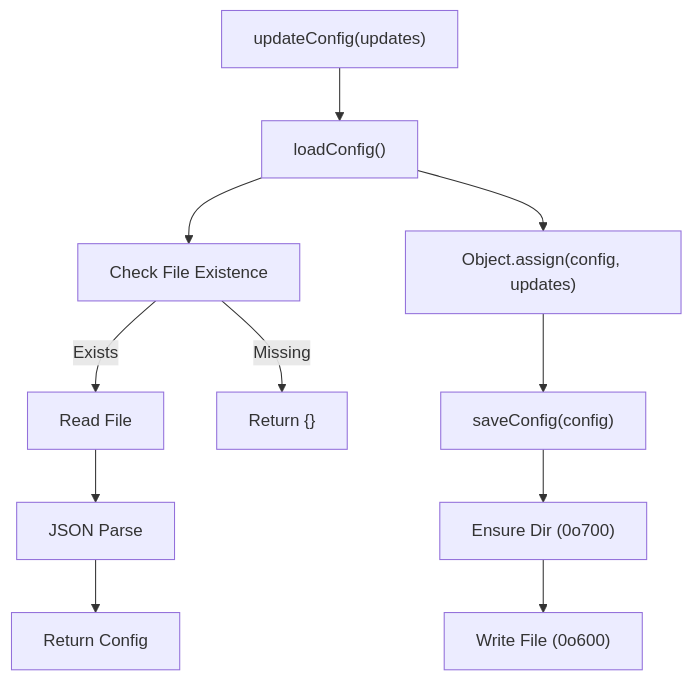
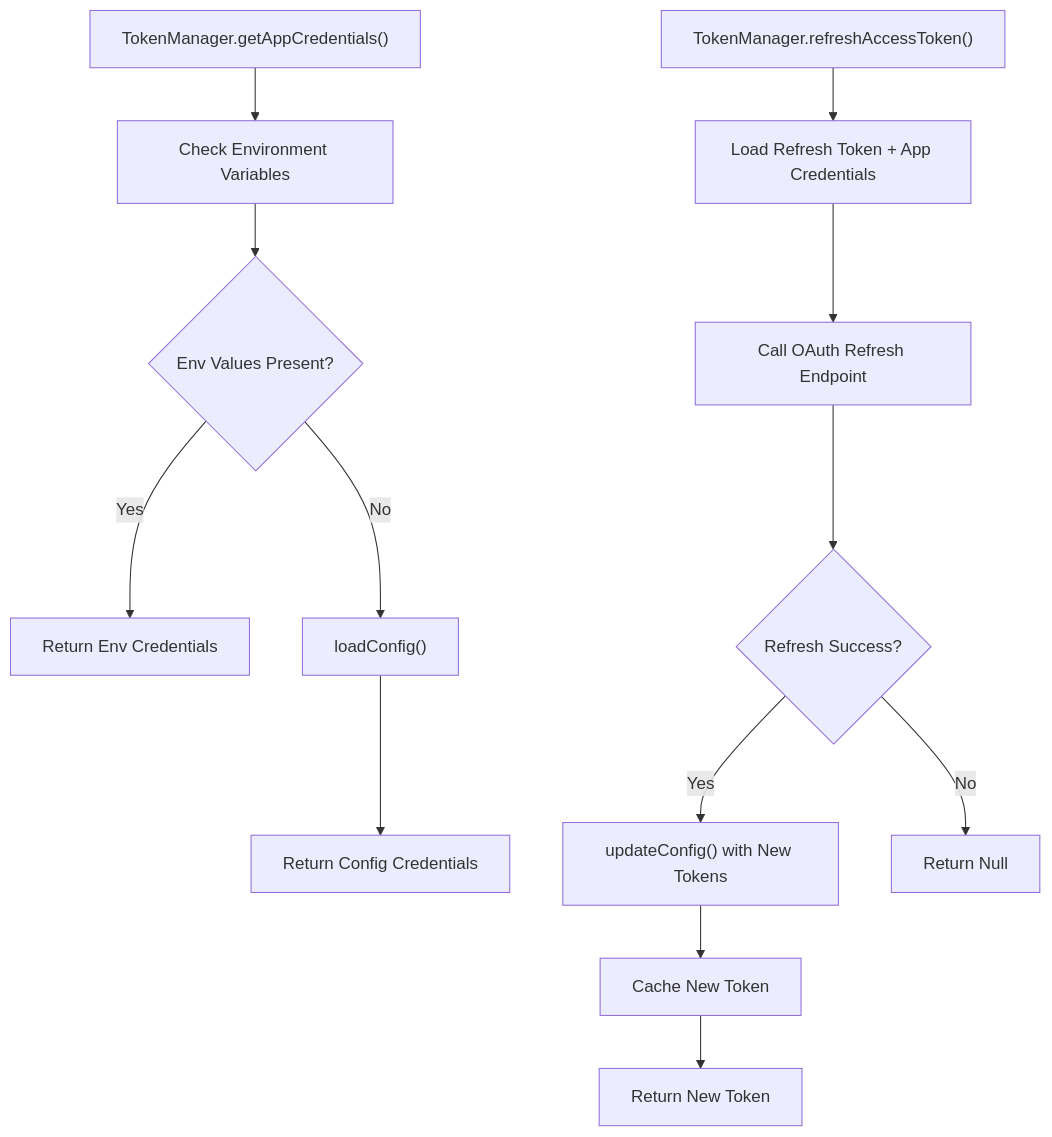
The ninth of 9 diagrams in .qoder/repowiki/en/content/Configuration Management/Configuration Management.md (yuexiaoliang/baiduwangpan-manager), drawn with Mermaid before and after one commit. The commit also changed other lines of this file and 30 other files, not shown here.

````diff
--- a/.qoder/repowiki/en/content/Configuration Management/Configuration Management.md
+++ b/.qoder/repowiki/en/content/Configuration Management/Configuration Management.md
@@ -400,13 +560,15 @@
 ```mermaid
 flowchart TD
-Load["loadConfig()"] --> Check["Check File Existence"]
-Check --> |Exists| Read["Read File"]
-Read --> Parse["JSON Parse"]
-Parse --> Return["Return Config"]
-Check --> |Missing| ReturnEmpty["Return {}"]
-Save["saveConfig(config)"] --> Mkdir["Ensure Dir (0o700)"]
-Mkdir --> Write["Write File (0o600)"]
-Update["updateConfig(updates)"] --> Load
-Load --> Assign["Object.assign(config, updates)"]
-Assign --> Save
+Load["TokenManager.getAppCredentials()"] --> CheckEnv["Check Environment Variables"]
+CheckEnv --> EnvFound{"Env Values Present?"}
+EnvFound --> |Yes| UseEnv["Return Env Credentials"]
+EnvFound --> |No| LoadCfg["loadConfig()"]
+LoadCfg --> ReturnCfg["Return Config Credentials"]
+Save["TokenManager.refreshAccessToken()"] --> LoadRefresh["Load Refresh Token + App Credentials"]
+LoadRefresh --> RefreshCall["Call OAuth Refresh Endpoint"]
+RefreshCall --> Success{"Refresh Success?"}
+Success --> |Yes| UpdateCfg["updateConfig() with New Tokens"]
+UpdateCfg --> CacheNew["Cache New Token"]
+CacheNew --> ReturnNew["Return New Token"]
+Success --> |No| ReturnNull["Return Null"]
 ```
````
